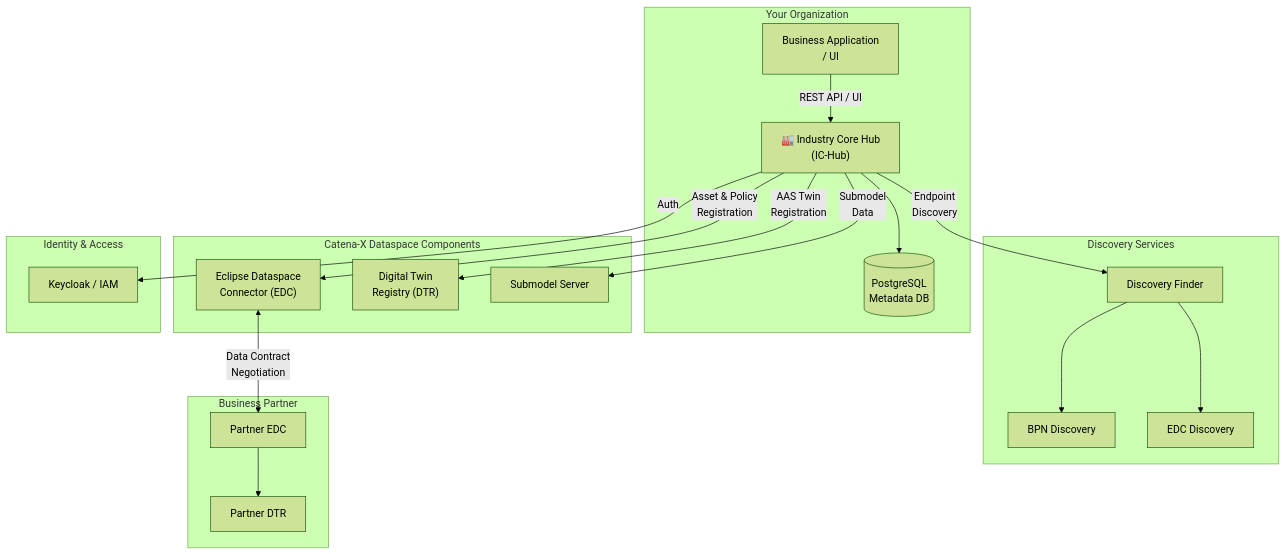
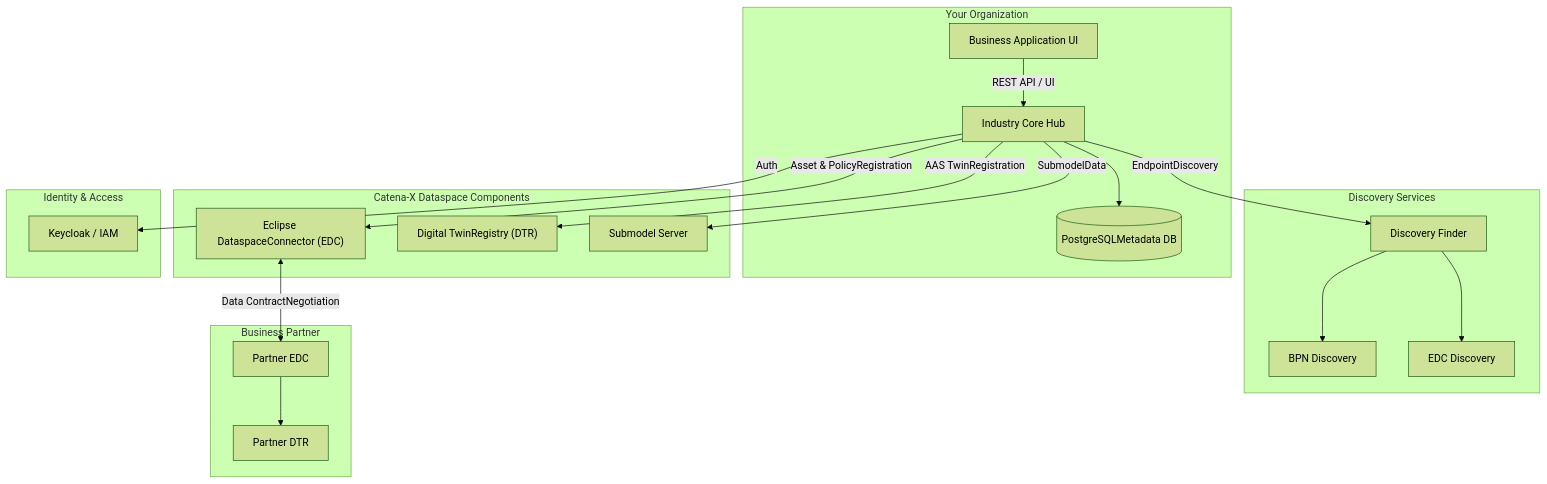
Before and after one commit to jalvaro-lks/industry-core-hub: the first of 7 diagrams in README.md, drawn with Mermaid (forest theme). The commit also changed other lines of this file, not shown here.

````diff
--- a/README.md
+++ b/README.md
@@ -116,41 +116,41 @@
 ```mermaid
 graph TB
     subgraph "Your Organization"
-        APP["Business Application\n/ UI"]
-        ICH["🏭 Industry Core Hub\n(IC-Hub)"]
-        DB[("PostgreSQL\nMetadata DB")]
+        APP["Business Application UI"]
+        ICH["Industry Core Hub"]
+        DB[("PostgreSQLMetadata DB")]
     end
 
     subgraph "Catena-X Dataspace Components"
-        EDC["Eclipse Dataspace\nConnector (EDC)"]
-        DTR["Digital Twin\nRegistry (DTR)"]
+        EDC["Eclipse DataspaceConnector (EDC)"]
+        DTR["Digital TwinRegistry (DTR)"]
         SS["Submodel Server"]
     end
 
     subgraph "Discovery Services"
         DF["Discovery Finder"]
         BPND["BPN Discovery"]
         EDCD["EDC Discovery"]
     end
 
     subgraph "Identity & Access"
         KC["Keycloak / IAM"]
     end
 
     subgraph "Business Partner"
         PEDC["Partner EDC"]
         PDTR["Partner DTR"]
     end
 
     APP -- "REST API / UI" --> ICH
     ICH --> DB
-    ICH -- "Asset & Policy\nRegistration" --> EDC
-    ICH -- "AAS Twin\nRegistration" --> DTR
-    ICH -- "Submodel\nData" --> SS
-    ICH -- "Endpoint\nDiscovery" --> DF
+    ICH -- "Asset & PolicyRegistration" --> EDC
+    ICH -- "AAS TwinRegistration" --> DTR
+    ICH -- "SubmodelData" --> SS
+    ICH -- "EndpointDiscovery" --> DF
     DF --> BPND
     DF --> EDCD
     ICH -- "Auth" --> KC
-    EDC <-- "Data Contract\nNegotiation" --> PEDC
+    EDC <-- "Data ContractNegotiation" --> PEDC
     PEDC --> PDTR
 ```
````
